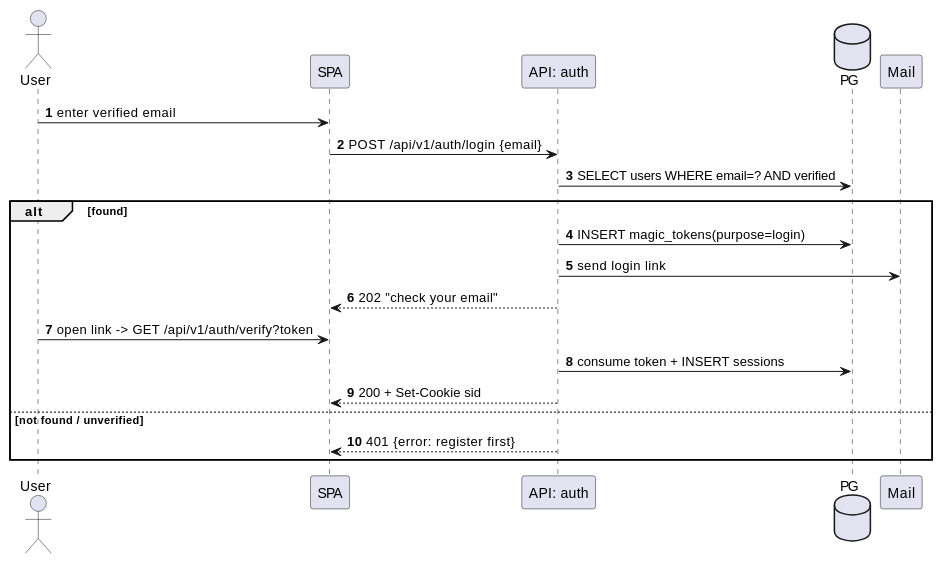
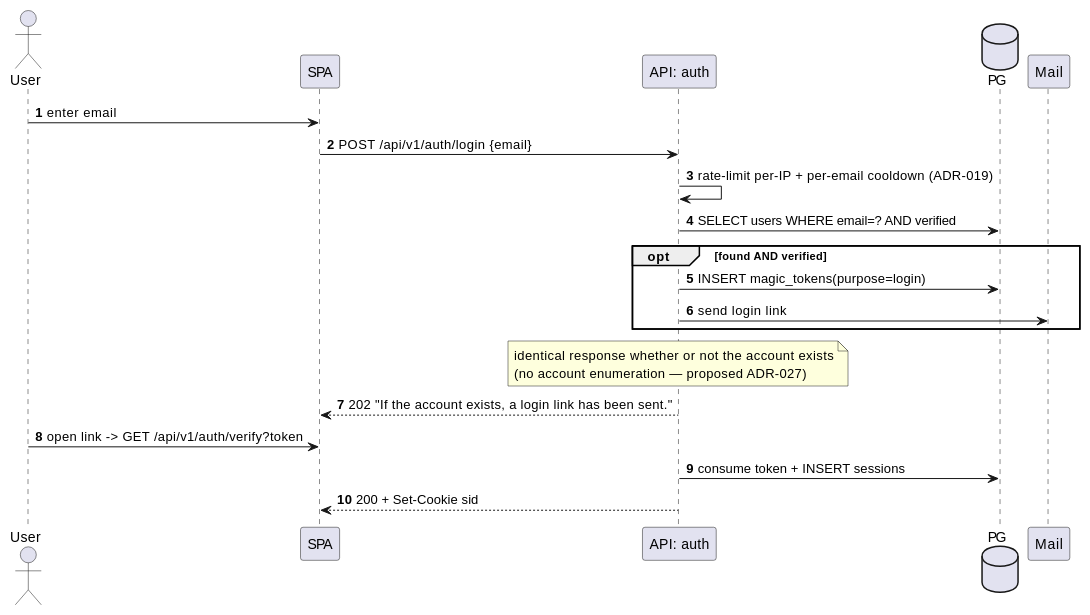
One commit to basiltest/i changed the second of 8 diagrams in IFN Backend — Sequence Flows.md. Above: the diagram before and after it, drawn with PlantUML. The commit also changed other lines of this file and 3 other files, not shown here.

````diff
--- a/IFN Backend — Sequence Flows.md
+++ b/IFN Backend — Sequence Flows.md
@@ -49,24 +49,24 @@
 ```plantuml
 @startuml
 autonumber
 actor User
 participant SPA
 participant "API: auth" as API
 database PG
 participant Mail
 
-User -> SPA : enter verified email
+User -> SPA : enter email
 SPA -> API : POST /api/v1/auth/login {email}
+API -> API : rate-limit per-IP + per-email cooldown (ADR-019)
 API -> PG : SELECT users WHERE email=? AND verified
-alt found
+opt found AND verified
   API -> PG : INSERT magic_tokens(purpose=login)
   API -> Mail : send login link
-  API --> SPA : 202 "check your email"
-  User -> SPA : open link -> GET /api/v1/auth/verify?token
-  API -> PG : consume token + INSERT sessions
-  API --> SPA : 200 + Set-Cookie sid
-else not found / unverified
-  API --> SPA : 401 {error: register first}
 end
+note over API : identical response whether or not the account exists\n(no account enumeration — proposed ADR-027)
+API --> SPA : 202 "If the account exists, a login link has been sent."
+User -> SPA : open link -> GET /api/v1/auth/verify?token
+API -> PG : consume token + INSERT sessions
+API --> SPA : 200 + Set-Cookie sid
 @enduml
 ```
````
